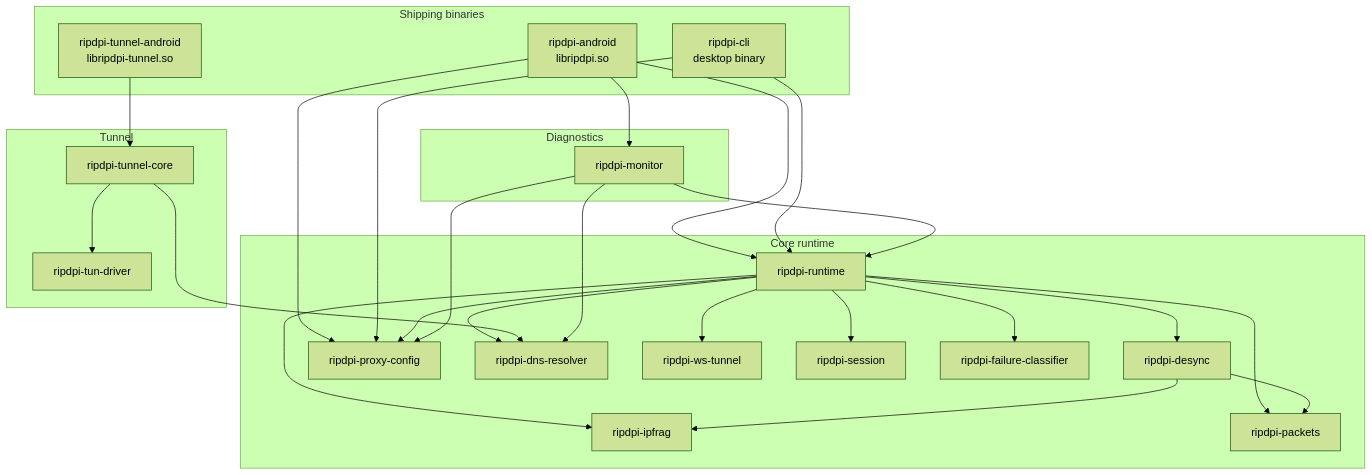
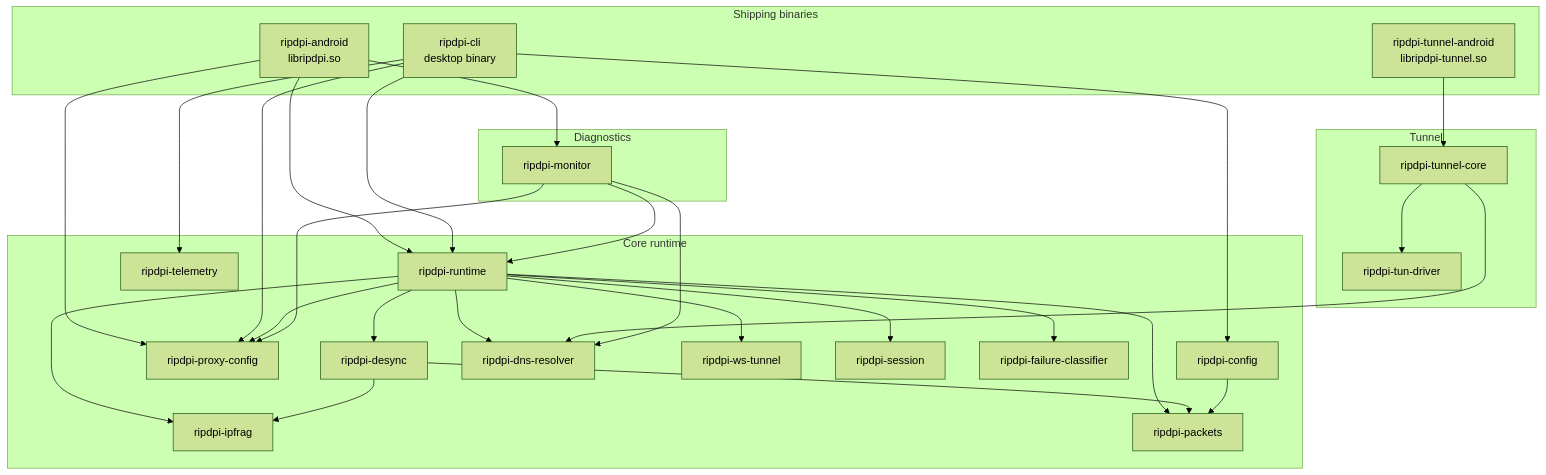
One commit to po4yka/RIPDPI changed the fourth of 4 diagrams in docs/native/README.md. Above: the diagram before and after it, drawn with Mermaid (forest theme). The commit also changed other lines of this file and 3 other files, not shown here.

````diff
--- a/docs/native/README.md
+++ b/docs/native/README.md
@@ -215,38 +220,41 @@
 ```mermaid
 flowchart TD
     subgraph "Shipping binaries"
         AND["ripdpi-android\nlibripdpi.so"]
         TAND["ripdpi-tunnel-android\nlibripdpi-tunnel.so"]
         CLI["ripdpi-cli\ndesktop binary"]
     end
 
     subgraph "Core runtime"
         RT["ripdpi-runtime"]
         DSN["ripdpi-desync"]
         CFG["ripdpi-proxy-config"]
+        CCFG["ripdpi-config"]
+        TELEM["ripdpi-telemetry"]
         DNS["ripdpi-dns-resolver"]
         WST["ripdpi-ws-tunnel"]
         FRAG["ripdpi-ipfrag"]
         SESS["ripdpi-session"]
         FC["ripdpi-failure-classifier"]
         PKT["ripdpi-packets"]
     end
 
     subgraph "Tunnel"
         TC["ripdpi-tunnel-core"]
         TD["ripdpi-tun-driver"]
     end
 
     subgraph "Diagnostics"
         MON["ripdpi-monitor"]
     end
 
     AND --> RT & MON & CFG
     TAND --> TC
-    CLI --> RT & CFG
+    CLI --> RT & CFG & CCFG & TELEM
 
     RT --> DSN & DNS & WST & FRAG & SESS & FC & CFG & PKT
     TC --> DNS & TD
     MON --> RT & DNS & CFG
     DSN --> PKT & FRAG
+    CCFG --> PKT
 ```
````
